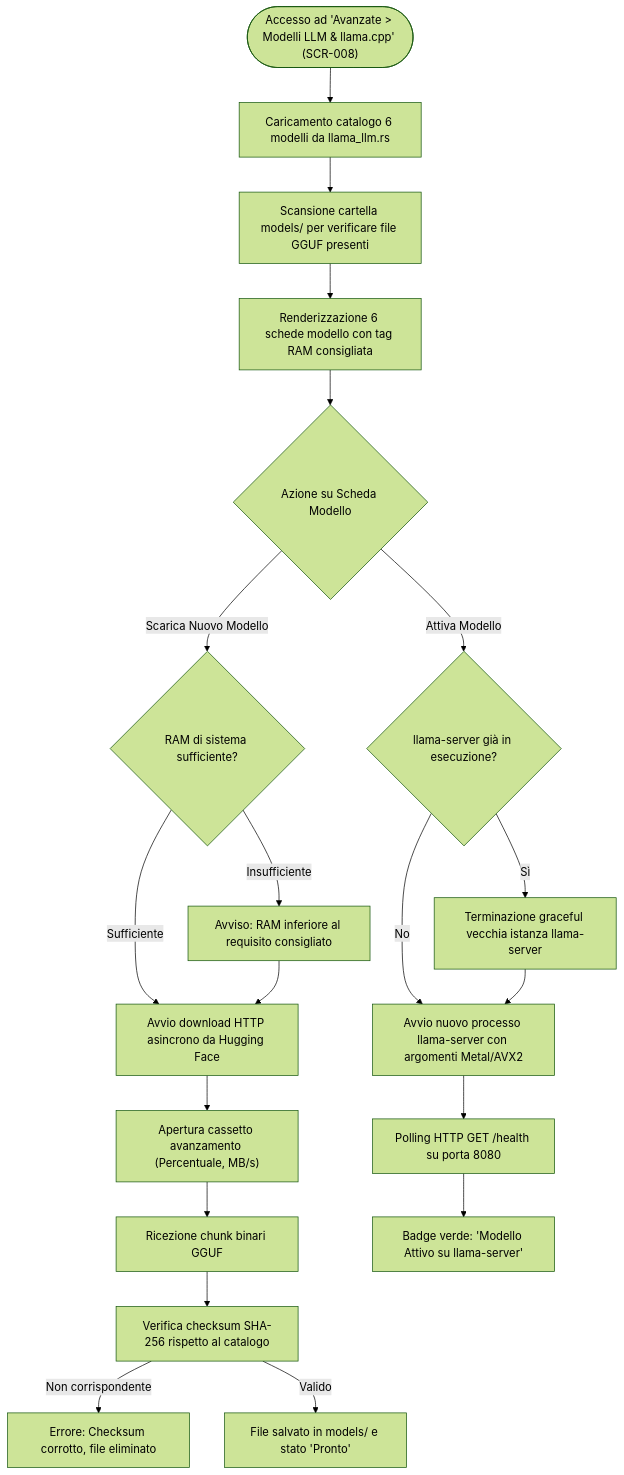
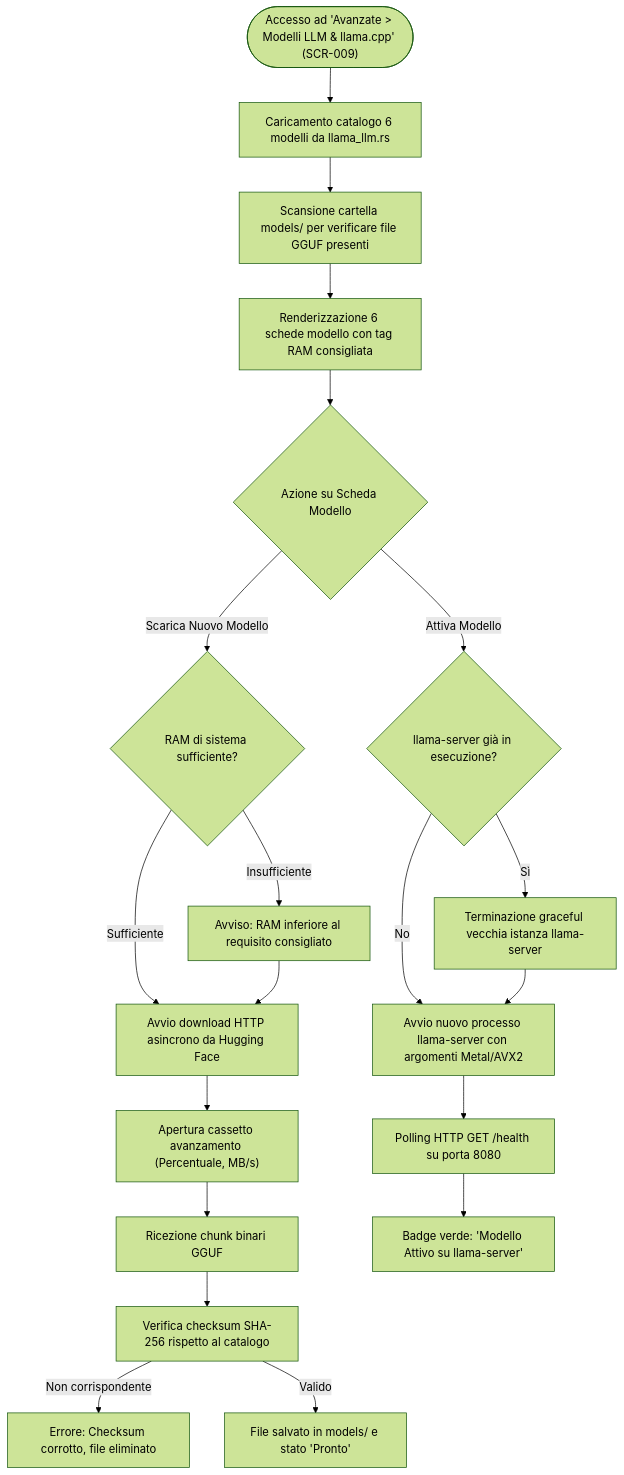
The tenth of 18 diagrams in DOCUMENTATION_SOURCE_PACKAGE/10_EXPORT/ALL_MERMAID_SOURCES.md (Arkai-Italia/Limen-vault), drawn with Mermaid (forest theme) before and after one commit. The commit also changed other lines of this file and 25 other files, not shown here.

````diff
--- a/DOCUMENTATION_SOURCE_PACKAGE/10_EXPORT/ALL_MERMAID_SOURCES.md
+++ b/DOCUMENTATION_SOURCE_PACKAGE/10_EXPORT/ALL_MERMAID_SOURCES.md
@@ -376,28 +378,28 @@
 ```mermaid
 graph TD
-    Trigger(["Accesso ad 'Avanzate > Modelli LLM & llama.cpp' (SCR-008)"]) --> QueryCatalog["Caricamento catalogo 6 modelli da llama_llm.rs"]
+    Trigger(["Accesso ad 'Avanzate > Modelli LLM & llama.cpp' (SCR-009)"]) --> QueryCatalog["Caricamento catalogo 6 modelli da llama_llm.rs"]
     QueryCatalog --> CheckDisk["Scansione cartella models/ per verificare file GGUF presenti"]
     CheckDisk --> RenderCards["Renderizzazione 6 schede modello con tag RAM consigliata"]
 
     RenderCards --> CardAction{"Azione su Scheda Modello"}
 
     CardAction -->|Scarica Nuovo Modello| CheckRAM{"RAM di sistema sufficiente?"}
     CheckRAM -->|Insufficiente| RAMWarning["Avviso: RAM inferiore al requisito consigliato"]
     CheckRAM -->|Sufficiente| StartDownload["Avvio download HTTP asincrono da Hugging Face"]
     RAMWarning --> StartDownload
 
     StartDownload --> ProgressDrawer["Apertura cassetto avanzamento (Percentuale, MB/s)"]
     ProgressDrawer --> StreamChunks["Ricezione chunk binari GGUF"]
     StreamChunks --> VerifyDownloadHash["Verifica checksum SHA-256 rispetto al catalogo"]
     
     VerifyDownloadHash -->|Non corrispondente| HashError["Errore: Checksum corrotto, file eliminato"]
     VerifyDownloadHash -->|Valido| MarkDownloaded["File salvato in models/ e stato 'Pronto'"]
 
     CardAction -->|Attiva Modello| CheckActive{"llama-server già in esecuzione?"}
     CheckActive -->|Sì| StopOld["Terminazione graceful vecchia istanza llama-server"]
     CheckActive -->|No| LaunchNew["Avvio nuovo processo llama-server con argomenti Metal/AVX2"]
     StopOld --> LaunchNew
 
     LaunchNew --> HealthCheck["Polling HTTP GET /health su porta 8080"]
     HealthCheck --> ServerReady["Badge verde: 'Modello Attivo su llama-server'"]
 ```
````
